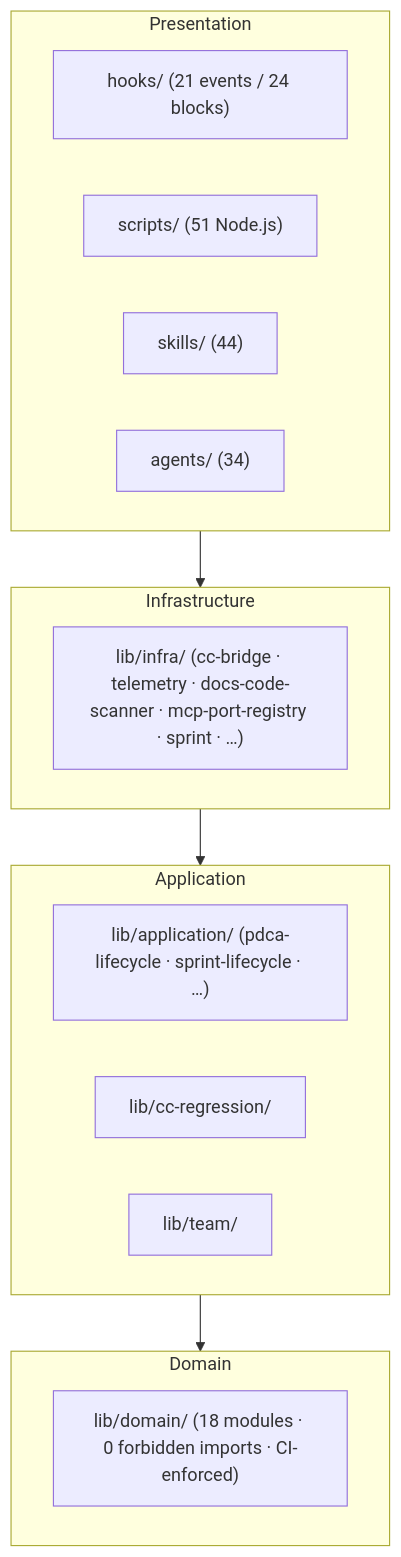
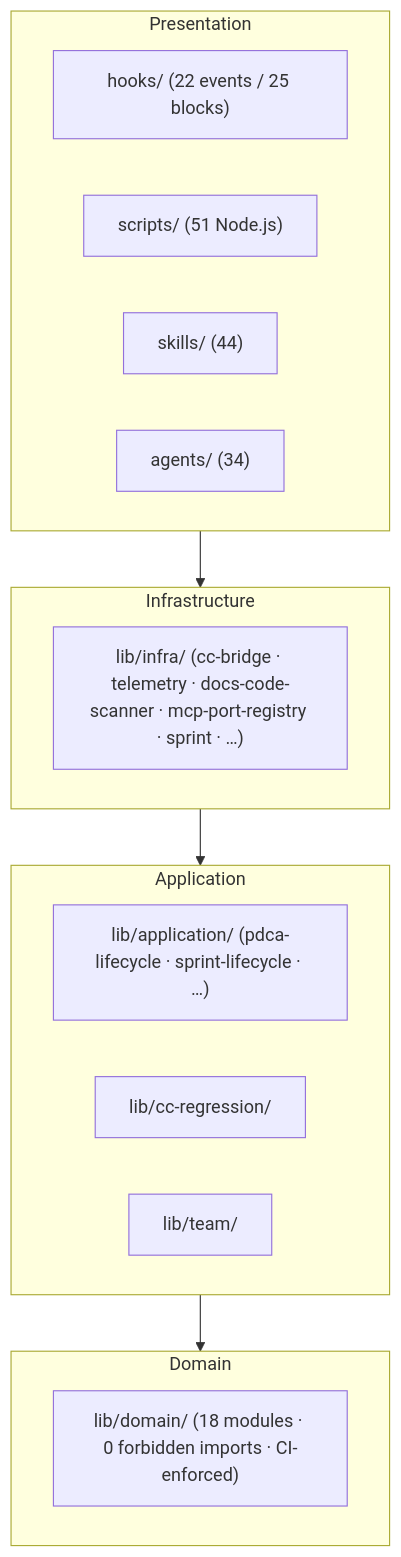
The ninth of 11 diagrams in README-FULL.md (popup-studio-ai/bkit-claude-code), drawn with Mermaid before and after one commit. The commit also changed other lines of this file and 25 other files, not shown here.

````diff
--- a/README-FULL.md
+++ b/README-FULL.md
@@ -652,23 +652,23 @@
 ```mermaid
 flowchart TB
     subgraph Presentation
-        hooks["hooks/ (21 events / 24 blocks)"]
+        hooks["hooks/ (22 events / 25 blocks)"]
         scripts["scripts/ (51 Node.js)"]
         skills["skills/ (44)"]
         agents["agents/ (34)"]
     end
     subgraph Infrastructure
         infra["lib/infra/ (cc-bridge · telemetry · docs-code-scanner · mcp-port-registry · sprint · …)"]
     end
     subgraph Application
         app["lib/application/ (pdca-lifecycle · sprint-lifecycle · …)"]
         ccr["lib/cc-regression/"]
         team["lib/team/"]
     end
     subgraph Domain
         domain["lib/domain/ (18 modules · 0 forbidden imports · CI-enforced)"]
     end
     Presentation --> Infrastructure
     Infrastructure --> Application
     Application --> Domain
 ```
````
